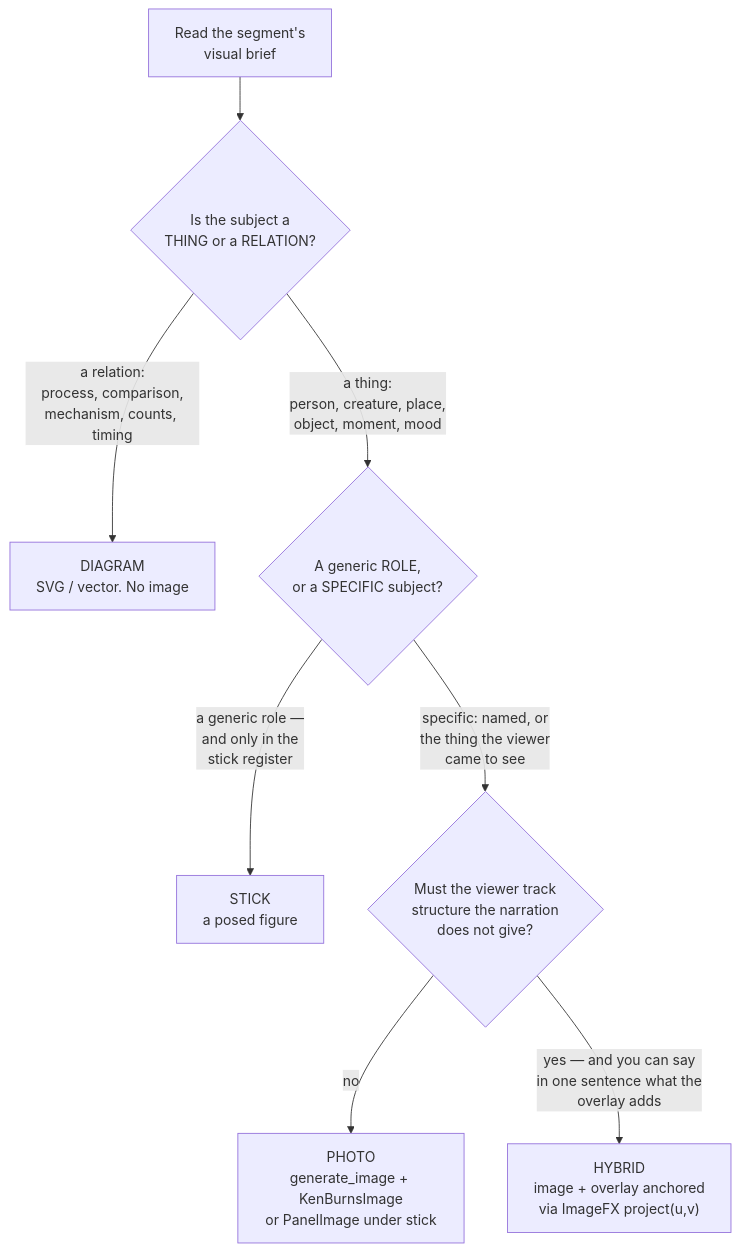
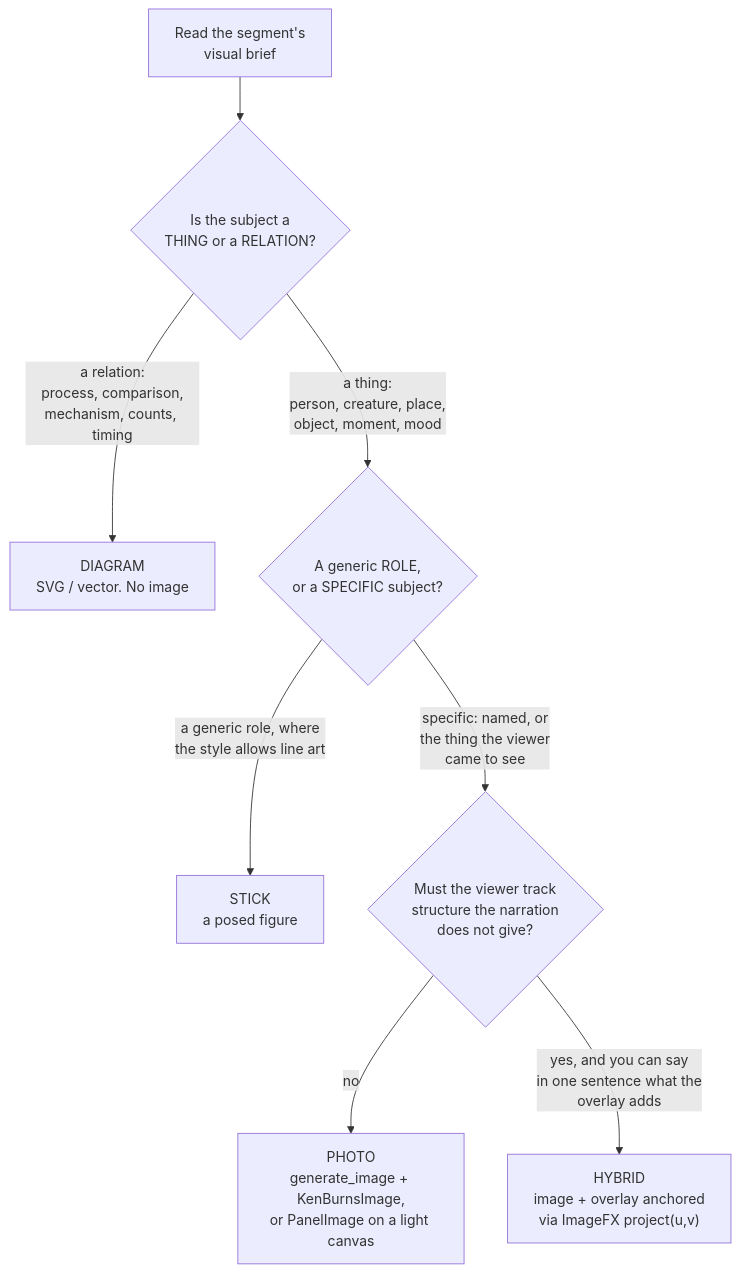
Before and after one commit to teja156/tubematic: the first of 3 diagrams in docs/developer/10-scene-authoring.md, drawn with Mermaid. The commit also changed other lines of this file and 25 other files, not shown here.

````diff
--- a/docs/developer/10-scene-authoring.md
+++ b/docs/developer/10-scene-authoring.md
@@ -132,10 +146,10 @@
 ```mermaid
 flowchart TD
     A["Read the segment's<br/>visual brief"] --> B{"Is the subject a<br/>THING or a RELATION?"}
     B -->|"a relation:<br/>process, comparison,<br/>mechanism, counts, timing"| D["DIAGRAM<br/>SVG / vector. No image"]
     B -->|"a thing:<br/>person, creature, place,<br/>object, moment, mood"| S{"A generic ROLE,<br/>or a SPECIFIC subject?"}
-    S -->|"a generic role —<br/>and only in the<br/>stick register"| K["STICK<br/>a posed figure"]
+    S -->|"a generic role, where<br/>the style allows line art"| K["STICK<br/>a posed figure"]
     S -->|"specific: named, or<br/>the thing the viewer<br/>came to see"| C{"Must the viewer track<br/>structure the narration<br/>does not give?"}
-    C -->|no| P["PHOTO<br/>generate_image + KenBurnsImage<br/>or PanelImage under stick"]
-    C -->|"yes — and you can say<br/>in one sentence what the<br/>overlay adds"| H["HYBRID<br/>image + overlay anchored<br/>via ImageFX project(u,v)"]
+    C -->|no| P["PHOTO<br/>generate_image + KenBurnsImage,<br/>or PanelImage on a light canvas"]
+    C -->|"yes, and you can say<br/>in one sentence what the<br/>overlay adds"| H["HYBRID<br/>image + overlay anchored<br/>via ImageFX project(u,v)"]
 ```
````
